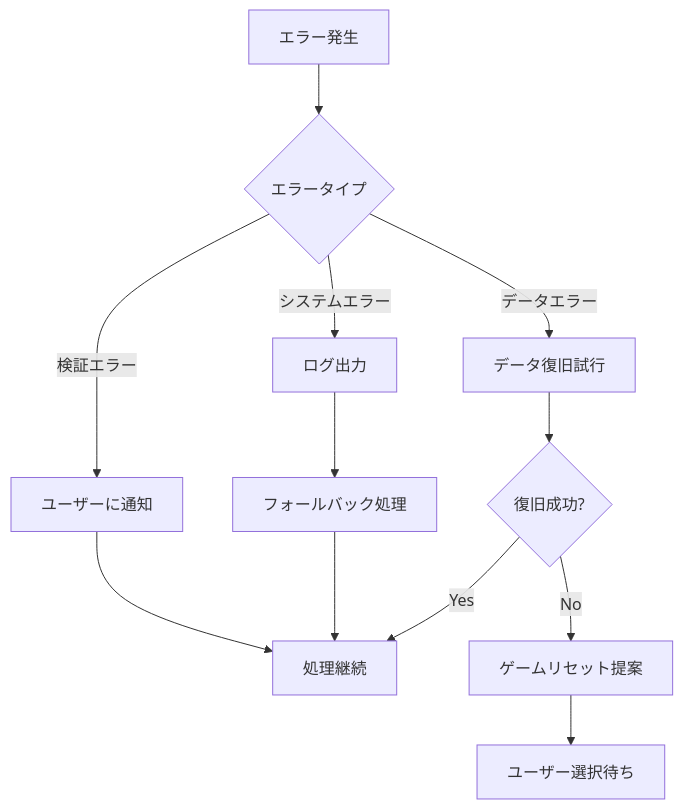
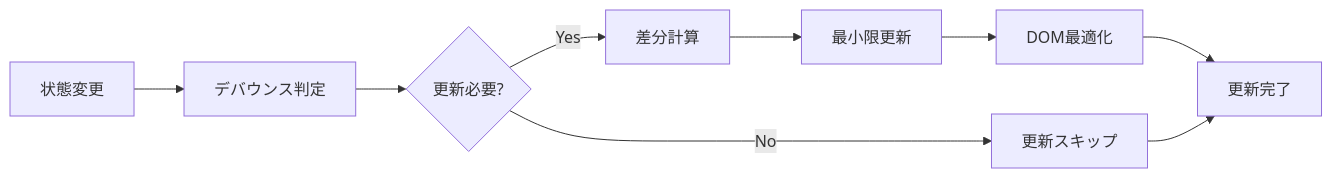
Before and after one commit to ikachan-desuyo/hololive_card_list_check: diagram 21 of 21 in battle_simulator/docs/STATE_FLOW.md, drawn with Mermaid. The commit also changed other lines of this file and 10 other files, not shown here.

````diff
--- a/battle_simulator/docs/STATE_FLOW.md
+++ b/battle_simulator/docs/STATE_FLOW.md
@@ -242,14 +453,11 @@
 ```mermaid
-flowchart TD
-    A[エラー発生] --> B{エラータイプ}
-    B -->|検証エラー| C[ユーザーに通知]
-    B -->|システムエラー| D[ログ出力]
-    B -->|データエラー| E[データ復旧試行]
-    C --> F[処理継続]
-    D --> G[フォールバック処理]
-    E --> H{復旧成功?}
-    H -->|Yes| F
-    H -->|No| I[ゲームリセット提案]
-    G --> F
-    I --> J[ユーザー選択待ち]
+flowchart LR
+    A[状態変更] --> B[デバウンス判定]
+    B --> C{更新必要?}
+    C -->|No| D[更新スキップ]
+    C -->|Yes| E[差分計算]
+    E --> F[最小限更新]
+    F --> G[DOM最適化]
+    G --> H[更新完了]
+    D --> H
 ```
````
